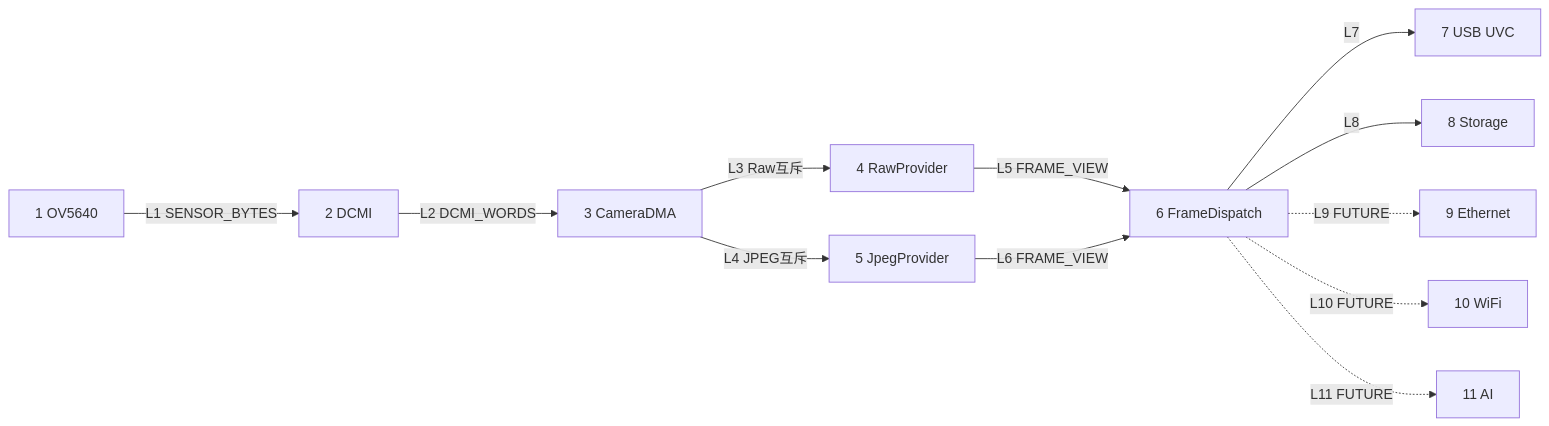
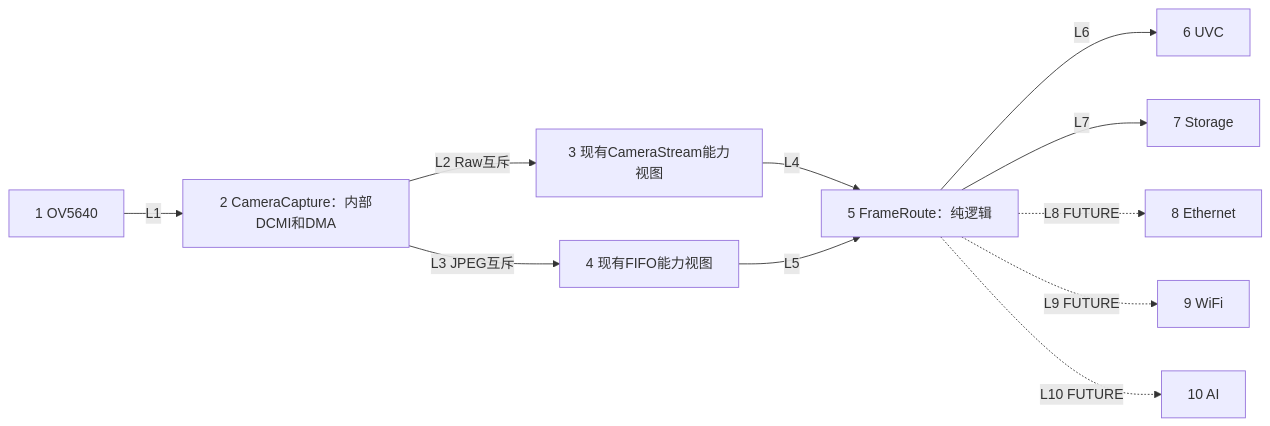
The diagram in Docs/Architecture/V2/H7_V2_ModuleContract.md (ruk93668-creator/h7_mac), drawn with Mermaid before and after one commit. The commit also changed other lines of this file and 4 other files, not shown here.

Commit message:
docs(architecture): refine R2 capture boundaries and format authority

````diff
--- a/Docs/Architecture/V2/H7_V2_ModuleContract.md
+++ b/Docs/Architecture/V2/H7_V2_ModuleContract.md
@@ -202,14 +230,13 @@
 ```mermaid
 flowchart LR
-    Sensor[1 OV5640] -->|L1 SENSOR_BYTES| DCMI[2 DCMI]
-    DCMI -->|L2 DCMI_WORDS| DMA[3 CameraDMA]
-    DMA -->|L3 Raw互斥| Raw[4 RawProvider]
-    DMA -->|L4 JPEG互斥| JPEG[5 JpegProvider]
-    Raw -->|L5 FRAME_VIEW| Dispatch[6 FrameDispatch]
-    JPEG -->|L6 FRAME_VIEW| Dispatch
-    Dispatch -->|L7| UVC[7 USB UVC]
-    Dispatch -->|L8| SD[8 Storage]
-    Dispatch -. L9 FUTURE .-> ETH[9 Ethernet]
-    Dispatch -. L10 FUTURE .-> WIFI[10 WiFi]
-    Dispatch -. L11 FUTURE .-> AI[11 AI]
+    Sensor[1 OV5640] -->|L1| Capture[2 CameraCapture：内部DCMI和DMA]
+    Capture -->|L2 Raw互斥| Raw[3 现有CameraStream能力视图]
+    Capture -->|L3 JPEG互斥| JPEG[4 现有FIFO能力视图]
+    Raw -->|L4| Route[5 FrameRoute：纯逻辑]
+    JPEG -->|L5| Route
+    Route -->|L6| USB[6 UVC]
+    Route -->|L7| SD[7 Storage]
+    Route -. L8 FUTURE .-> ETH[8 Ethernet]
+    Route -. L9 FUTURE .-> WIFI[9 WiFi]
+    Route -. L10 FUTURE .-> AI[10 AI]
 ```
````
